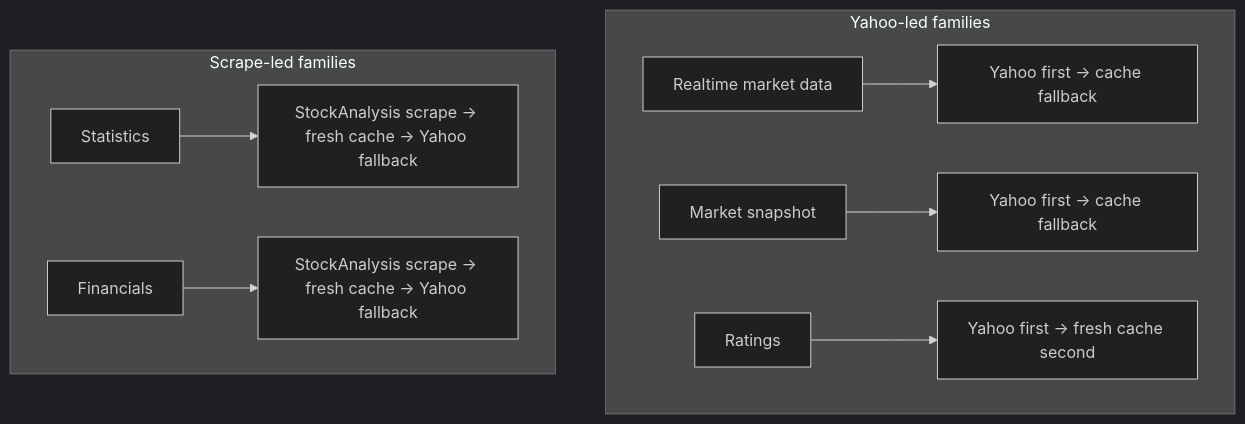
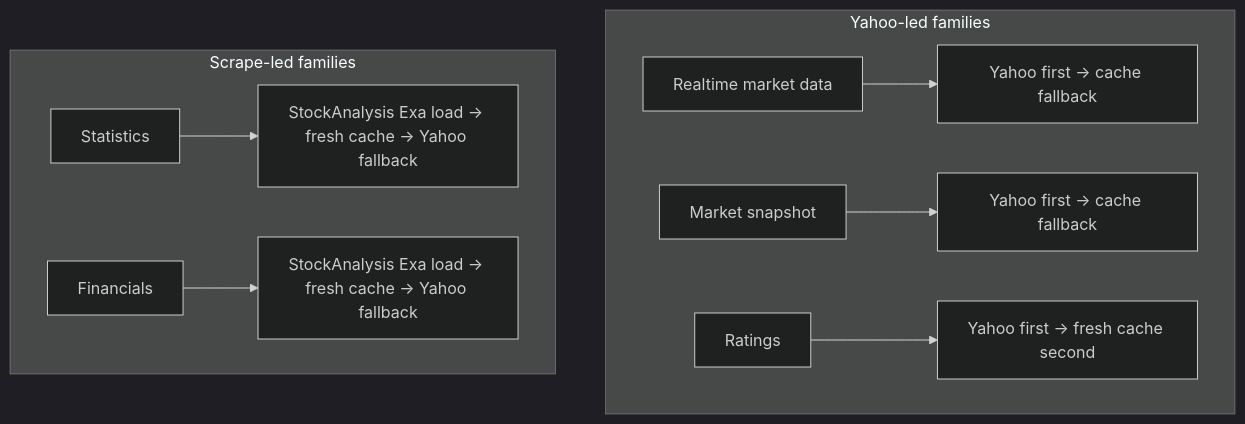
One commit to teron131/stock-search changed the second of 2 diagrams in README.md. Above: the diagram before and after it, drawn with Mermaid (dark theme). The commit also changed other lines of this file and 23 other files, not shown here.

````diff
--- a/README.md
+++ b/README.md
@@ -75,18 +68,18 @@
 ```mermaid
 flowchart TD
     accTitle: Source priority by stat family
     accDescr: Shows which provider is preferred for each stat family and where cache fallback fits.
 
     subgraph YahooLed["Yahoo-led families"]
         direction LR
         Market["Realtime market data"] --> MarketFlow["Yahoo first -> cache fallback"]
         Snapshot["Market snapshot"] --> SnapshotFlow["Yahoo first -> cache fallback"]
         Ratings["Ratings"] --> RatingsFlow["Yahoo first -> fresh cache second"]
     end
 
     subgraph ScrapeLed["Scrape-led families"]
         direction LR
-        Stats["Statistics"] --> StatsFlow["StockAnalysis scrape -> fresh cache -> Yahoo fallback"]
-        Financials["Financials"] --> FinancialsFlow["StockAnalysis scrape -> fresh cache -> Yahoo fallback"]
+        Stats["Statistics"] --> StatsFlow["StockAnalysis Exa load -> fresh cache -> Yahoo fallback"]
+        Financials["Financials"] --> FinancialsFlow["StockAnalysis Exa load -> fresh cache -> Yahoo fallback"]
     end
 ```
````
